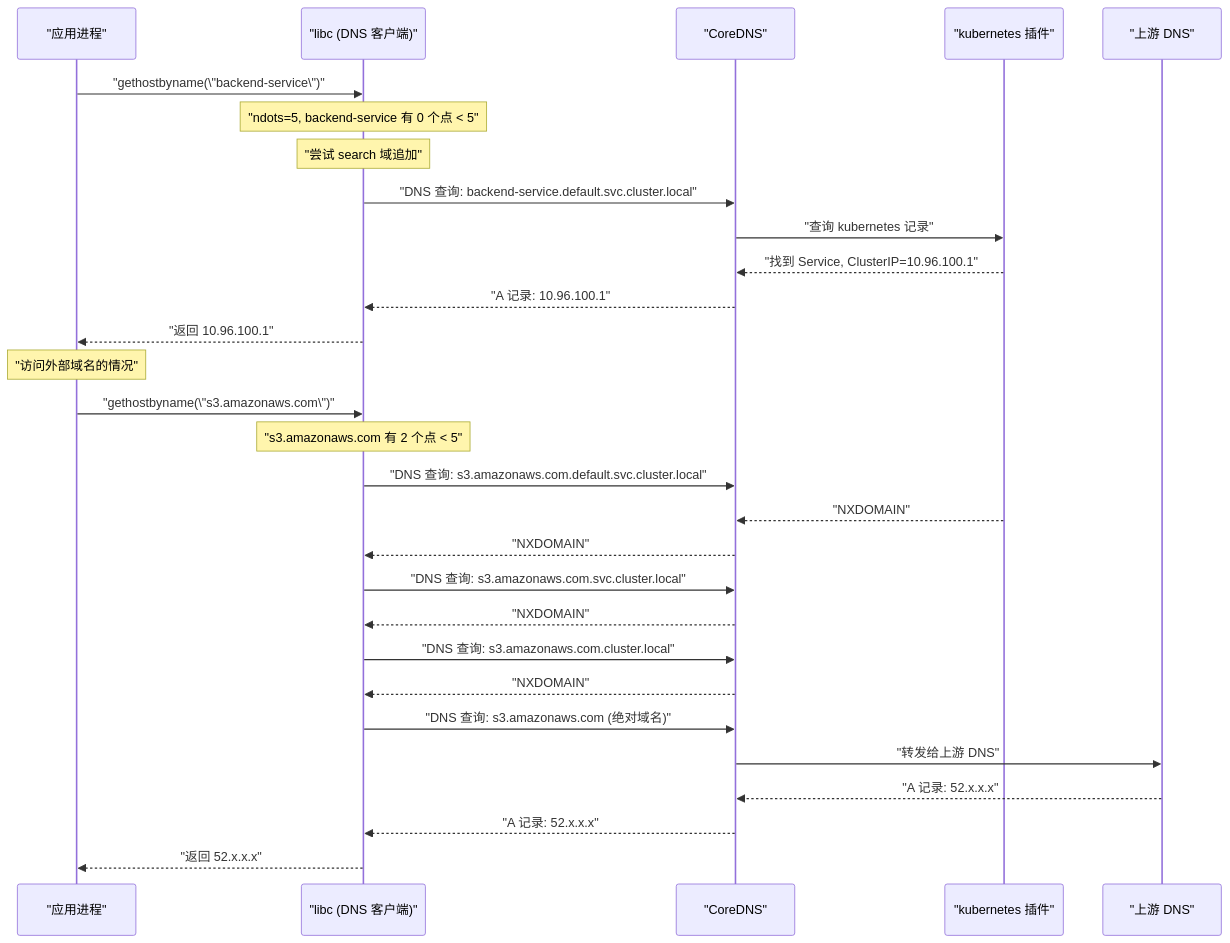
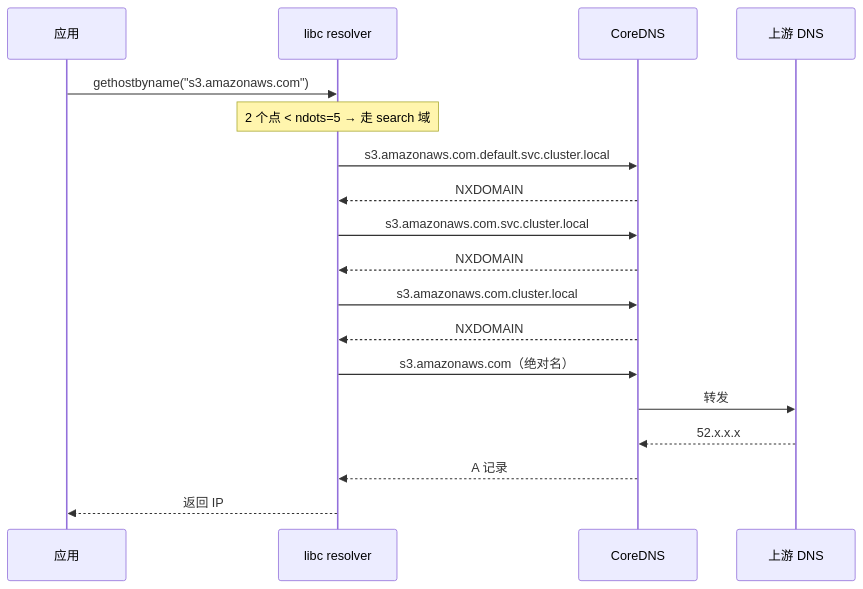
One commit to hpliStartAgain/my-brain changed the second of 2 diagrams in content/云原生/Kubernetes/kubernetes网络原理与插件/07 NetworkPolicy与CoreDNS——网络安全策略与集群DNS.md. Above: the diagram before and after it, drawn with Mermaid. The commit also changed other lines of this file and 29 other files, not shown here.

````diff
--- a/content/云原生/Kubernetes/kubernetes网络原理与插件/07 NetworkPolicy与CoreDNS——网络安全策略与集群DNS.md
+++ b/content/云原生/Kubernetes/kubernetes网络原理与插件/07 NetworkPolicy与CoreDNS——网络安全策略与集群DNS.md
@@ -537,39 +451,22 @@
 ```mermaid
 %%{init: {'theme': 'dracula'}}%%
 sequenceDiagram
-    participant App as "应用进程"
-    participant libc as "libc (DNS 客户端)"
-    participant CoreDNS as "CoreDNS"
-    participant K8sPlugin as "kubernetes 插件"
-    participant Upstream as "上游 DNS"
+    participant App as 应用
+    participant Libc as libc resolver
+    participant Core as CoreDNS
+    participant Up as 上游 DNS
 
-    App->>libc: "gethostbyname(\"backend-service\")"
-    Note over libc: "ndots=5, backend-service 有 0 个点 < 5"
-    Note over libc: "尝试 search 域追加"
-
-    libc->>CoreDNS: "DNS 查询: backend-service.default.svc.cluster.local"
-    CoreDNS->>K8sPlugin: "查询 kubernetes 记录"
-    K8sPlugin-->>CoreDNS: "找到 Service, ClusterIP=10.96.100.1"
-    CoreDNS-->>libc: "A 记录: 10.96.100.1"
-    libc-->>App: "返回 10.96.100.1"
-
-    Note over App: "访问外部域名的情况"
-    App->>libc: "gethostbyname(\"s3.amazonaws.com\")"
-    Note over libc: "s3.amazonaws.com 有 2 个点 < 5"
-
-    libc->>CoreDNS: "DNS 查询: s3.amazonaws.com.default.svc.cluster.local"
-    K8sPlugin-->>CoreDNS: "NXDOMAIN"
-    CoreDNS-->>libc: "NXDOMAIN"
-
-    libc->>CoreDNS: "DNS 查询: s3.amazonaws.com.svc.cluster.local"
-    CoreDNS-->>libc: "NXDOMAIN"
-
-    libc->>CoreDNS: "DNS 查询: s3.amazonaws.com.cluster.local"
-    CoreDNS-->>libc: "NXDOMAIN"
-
-    libc->>CoreDNS: "DNS 查询: s3.amazonaws.com (绝对域名)"
-    CoreDNS->>Upstream: "转发给上游 DNS"
-    Upstream-->>CoreDNS: "A 记录: 52.x.x.x"
-    CoreDNS-->>libc: "A 记录: 52.x.x.x"
-    libc-->>App: "返回 52.x.x.x"
+    App->>Libc: gethostbyname("s3.amazonaws.com")
+    Note over Libc: 2 个点 < ndots=5 → 走 search 域
+    Libc->>Core: s3.amazonaws.com.default.svc.cluster.local
+    Core-->>Libc: NXDOMAIN
+    Libc->>Core: s3.amazonaws.com.svc.cluster.local
+    Core-->>Libc: NXDOMAIN
+    Libc->>Core: s3.amazonaws.com.cluster.local
+    Core-->>Libc: NXDOMAIN
+    Libc->>Core: s3.amazonaws.com（绝对名）
+    Core->>Up: 转发
+    Up-->>Core: 52.x.x.x
+    Core-->>Libc: A 记录
+    Libc-->>App: 返回 IP
 ```
````
